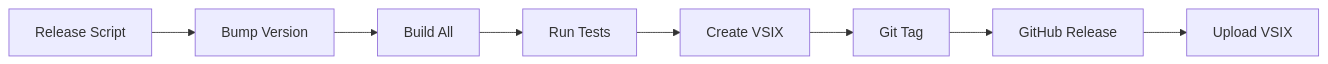
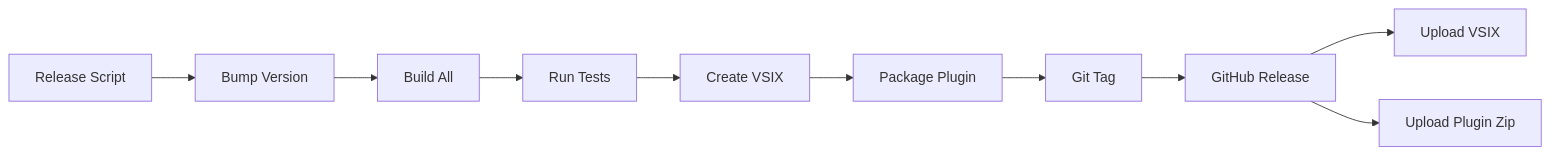
One commit to eai-tools/eai-gofer changed the diagram in .tech-docs/deployment.md. Above: the diagram before and after it, drawn with Mermaid. The commit also changed other lines of this file and 11 other files, not shown here.

````diff
--- a/.tech-docs/deployment.md
+++ b/.tech-docs/deployment.md
@@ -76,10 +128,12 @@
 ```mermaid
 flowchart LR
     TRIGGER[Release Script] --> VERSION[Bump Version]
     VERSION --> BUILD[Build All]
     BUILD --> TEST[Run Tests]
     TEST --> PACKAGE[Create VSIX]
-    PACKAGE --> TAG[Git Tag]
+    PACKAGE --> PLUGIN[Package Plugin]
+    PLUGIN --> TAG[Git Tag]
     TAG --> RELEASE[GitHub Release]
-    RELEASE --> UPLOAD[Upload VSIX]
+    RELEASE --> UPLOADVSIX[Upload VSIX]
+    RELEASE --> UPLOADPLUGIN[Upload Plugin Zip]
 ```
````
